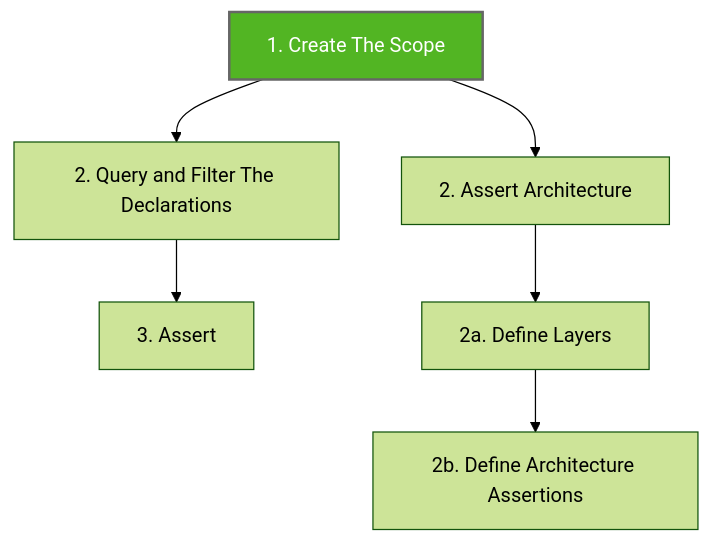
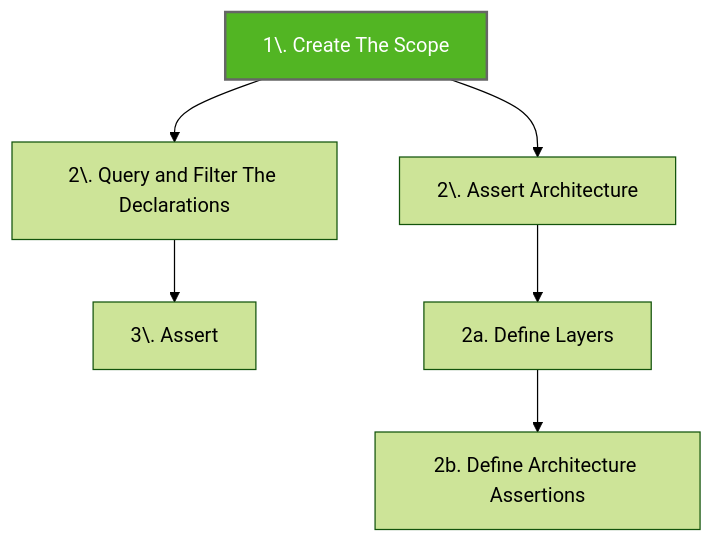
One commit to LemonAppDev/konsist-documentation changed the diagram in getting-started/getting-started/README.md. Above: the diagram before and after it, drawn with Mermaid. The commit also changed 8 other files, not shown here.

Commit message:
upd mermeid diagrams

````diff
--- a/getting-started/getting-started/README.md
+++ b/getting-started/getting-started/README.md
@@ -13,12 +13,12 @@
 ```mermaid
 %%{init: {'theme':'forest'}}%%
 flowchart TB
-    Step1["1. Create The Scope"]-->StepD2
-    Step1["1. Create The Scope"]-->StepA2
-    StepD2["2. Query and Filter The Declarations"]-->StepD3
-    StepD3["3. Assert"]
-    StepA2["2. Assert Architecture"]-->StepA3
+    Step1["1\. Create The Scope"]-->StepD2
+    Step1["1\. Create The Scope"]-->StepA2
+    StepD2["2\. Query and Filter The Declarations"]-->StepD3
+    StepD3["3\. Assert"]
+    StepA2["2\. Assert Architecture"]-->StepA3
     StepA3["2a. Define Layers"]-->StepA4
     StepA4["2b. Define Architecture Assertions"]
     style Step1 fill:#52B523,stroke:#666,stroke-width:2px,color:#fff
 ```
````
